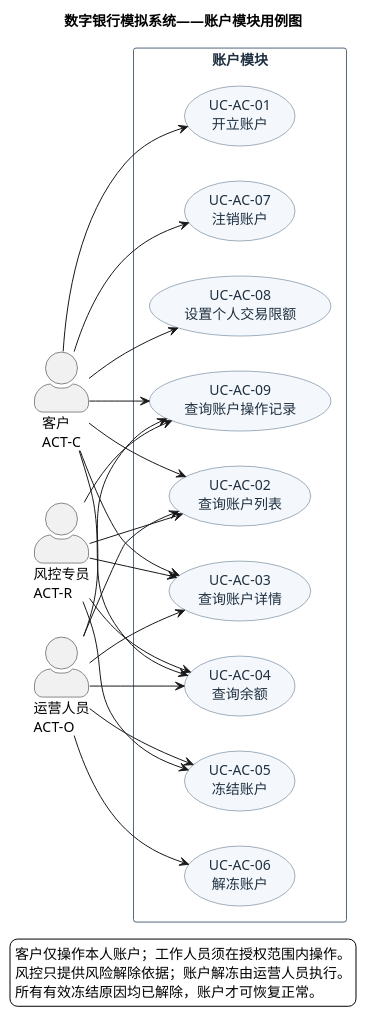
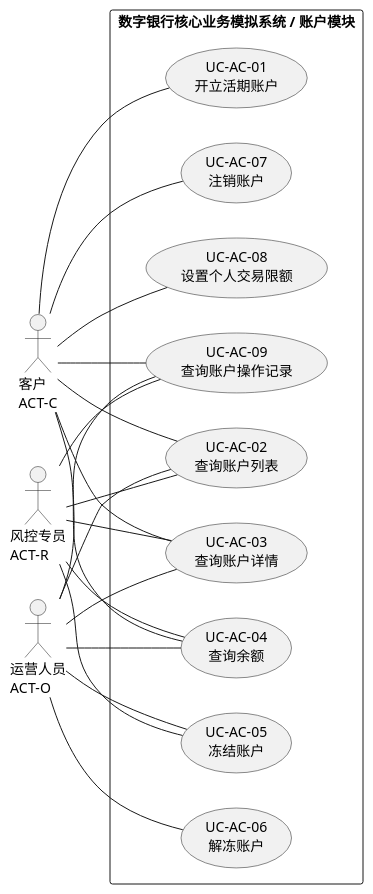
Before and after one commit to liujiang781/digital-bank-core: the diagram in docs/01-需求规格说明书/数字银行账户与交易模块需求分析/diagrams/账户模块用例图.puml, drawn with PlantUML. The commit also changed 19 other files, not shown here.

First line of the commit message:
docs(uml): 对齐本地课件并交付 S5 接入说明

```diff
--- a/docs/01-需求规格说明书/数字银行账户与交易模块需求分析/diagrams/账户模块用例图.puml
+++ b/docs/01-需求规格说明书/数字银行账户与交易模块需求分析/diagrams/账户模块用例图.puml
@@ -1,61 +1,46 @@
 @startuml
-title 数字银行模拟系统——账户模块用例图
 left to right direction
 skinparam defaultFontName Microsoft YaHei
+skinparam monochrome true
 skinparam shadowing false
 skinparam backgroundColor white
 skinparam packageStyle rectangle
-skinparam actorStyle awesome
-skinparam usecase {
-  BackgroundColor #F4F8FC
-  BorderColor #47627D
-  FontColor #203040
-}
-skinparam rectangle {
-  BorderColor #52677D
-  FontColor #203040
-}
 
 actor "客户\nACT-C" as C
 actor "运营人员\nACT-O" as O
 actor "风控专员\nACT-R" as R
 
-rectangle "账户模块" {
-  usecase "UC-AC-01\n开立账户" as AC01
+rectangle "数字银行核心业务模拟系统 / 账户模块" {
+  usecase "UC-AC-01\n开立活期账户" as AC01
   usecase "UC-AC-02\n查询账户列表" as AC02
   usecase "UC-AC-03\n查询账户详情" as AC03
   usecase "UC-AC-04\n查询余额" as AC04
   usecase "UC-AC-05\n冻结账户" as AC05
   usecase "UC-AC-06\n解冻账户" as AC06
   usecase "UC-AC-07\n注销账户" as AC07
   usecase "UC-AC-08\n设置个人交易限额" as AC08
   usecase "UC-AC-09\n查询账户操作记录" as AC09
 }
 
-C --> AC01
-C --> AC02
-C --> AC03
-C --> AC04
-C --> AC07
-C --> AC08
-C --> AC09
+C -- AC01
+C -- AC02
+C -- AC03
+C -- AC04
+C -- AC07
+C -- AC08
+C -- AC09
 
-O --> AC02
-O --> AC03
-O --> AC04
-O --> AC05
-O --> AC06
-O --> AC09
+O -- AC02
+O -- AC03
+O -- AC04
+O -- AC05
+O -- AC06
+O -- AC09
 
-R --> AC02
-R --> AC03
-R --> AC04
-R --> AC05
-R --> AC09
+R -- AC02
+R -- AC03
+R -- AC04
+R -- AC05
+R -- AC09
 
-legend bottom
-  客户仅操作本人账户；工作人员须在授权范围内操作。
-  风控只提供风险解除依据；账户解冻由运营人员执行。
-  所有有效冻结原因均已解除，账户才可恢复正常。
-endlegend
 @enduml
```
